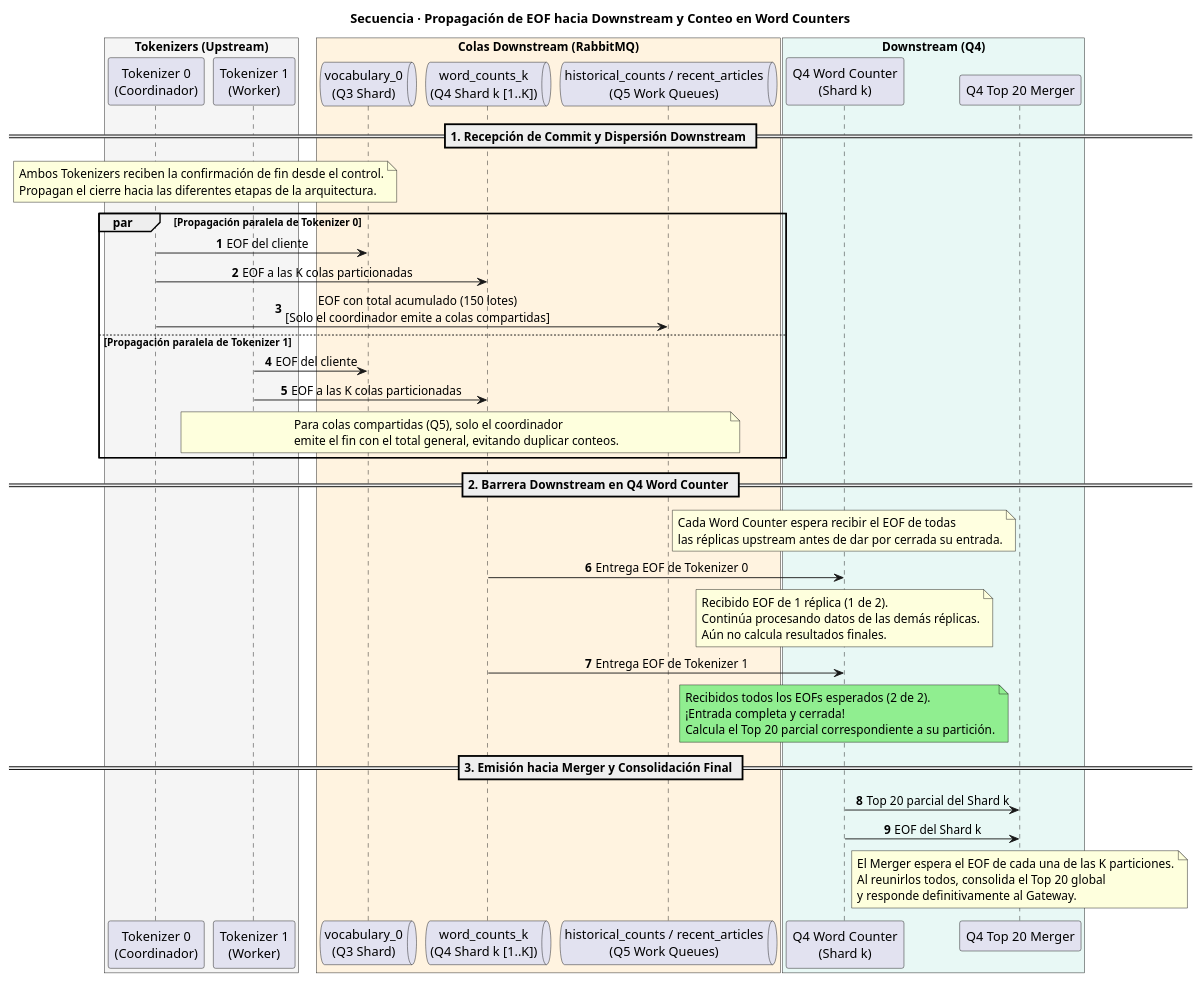
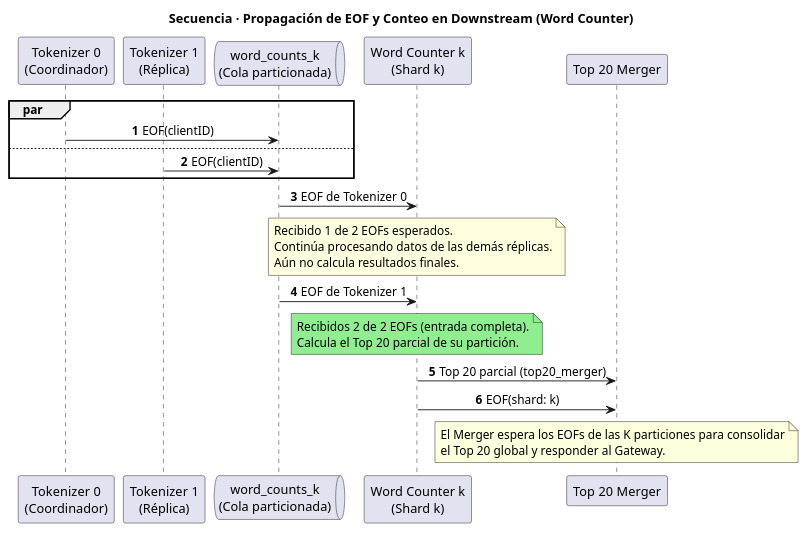
Before and after one commit to NicoPodesta/trabajo-final-distribuidos: the diagram in Diagramas/secuencia/secuencia eof-cierre-tokenizers.puml, drawn with PlantUML. The commit also changed 3 other files, not shown here.

Commit message:
Docs: Actualizo diagramas de secuencia de eof

```diff
--- a/Diagramas/secuencia/secuencia eof-cierre-tokenizers.puml
+++ b/Diagramas/secuencia/secuencia eof-cierre-tokenizers.puml
@@ -1,73 +1,41 @@
 @startuml
 autonumber
 skinparam shadowing false
 skinparam sequenceMessageAlign center
 skinparam responseMessageBelowArrow true
 
-title Secuencia · Propagación de EOF hacia Downstream y Conteo en Word Counters
+title Secuencia · Propagación de EOF y Conteo en Downstream (Word Counter)
 
-box "Tokenizers (Upstream)" #F5F5F5
 participant "Tokenizer 0\n(Coordinador)" as T0
-participant "Tokenizer 1\n(Worker)" as T1
-end box
+participant "Tokenizer 1\n(Réplica)" as T1
+queue "word_counts_k\n(Cola particionada)" as Q_WC
+participant "Word Counter k\n(Shard k)" as WC
+participant "Top 20 Merger" as M4
 
-box "Colas Downstream (RabbitMQ)" #FFF3E0
-queue "vocabulary_0\n(Q3 Shard)" as Q_VOCAB
-queue "word_counts_k\n(Q4 Shard k [1..K])" as Q_WC
-queue "historical_counts / recent_articles\n(Q5 Work Queues)" as Q_Q5
-end box
-
-box "Downstream (Q4)" #E8F8F5
-participant "Q4 Word Counter\n(Shard k)" as WC
-participant "Q4 Top 20 Merger" as M4
-end box
-
-== 1. Recepción de Commit y Dispersión Downstream ==
-note over T0, T1
-  Ambos Tokenizers reciben la confirmación de fin desde el control.
-  Propagan el cierre hacia las diferentes etapas de la arquitectura.
-end note
-
-par Propagación paralela de Tokenizer 0
-    T0 -> Q_VOCAB : EOF del cliente
-    T0 -> Q_WC : EOF a las K colas particionadas
-    T0 -> Q_Q5 : EOF con total acumulado (150 lotes)\n[Solo el coordinador emite a colas compartidas]
-else Propagación paralela de Tokenizer 1
-    T1 -> Q_VOCAB : EOF del cliente
-    T1 -> Q_WC : EOF a las K colas particionadas
-    note over T1, Q_Q5
-      Para colas compartidas (Q5), solo el coordinador
-      emite el fin con el total general, evitando duplicar conteos.
-    end note
+par
+    T0 -> Q_WC : EOF(clientID)
+else
+    T1 -> Q_WC : EOF(clientID)
 end
 
-== 2. Barrera Downstream en Q4 Word Counter ==
+Q_WC -> WC : EOF de Tokenizer 0
 note over WC #LightYellow
-  Cada Word Counter espera recibir el EOF de todas
-  las réplicas upstream antes de dar por cerrada su entrada.
-end note
-
-Q_WC -> WC : Entrega EOF de Tokenizer 0
-note over WC
-  Recibido EOF de 1 réplica (1 de 2).
+  Recibido 1 de 2 EOFs esperados.
   Continúa procesando datos de las demás réplicas.
   Aún no calcula resultados finales.
 end note
 
-Q_WC -> WC : Entrega EOF de Tokenizer 1
+Q_WC -> WC : EOF de Tokenizer 1
 note over WC #LightGreen
-  Recibidos todos los EOFs esperados (2 de 2).
-  ¡Entrada completa y cerrada!
-  Calcula el Top 20 parcial correspondiente a su partición.
+  Recibidos 2 de 2 EOFs (entrada completa).
+  Calcula el Top 20 parcial de su partición.
 end note
 
-== 3. Emisión hacia Merger y Consolidación Final ==
-WC -> M4 : Top 20 parcial del Shard k
-WC -> M4 : EOF del Shard k
+WC -> M4 : Top 20 parcial (top20_merger)
+WC -> M4 : EOF(shard: k)
 
 note over M4
-  El Merger espera el EOF de cada una de las K particiones.
-  Al reunirlos todos, consolida el Top 20 global
-  y responde definitivamente al Gateway.
+  El Merger espera los EOFs de las K particiones para consolidar
+  el Top 20 global y responder al Gateway.
 end note
 @enduml
```
